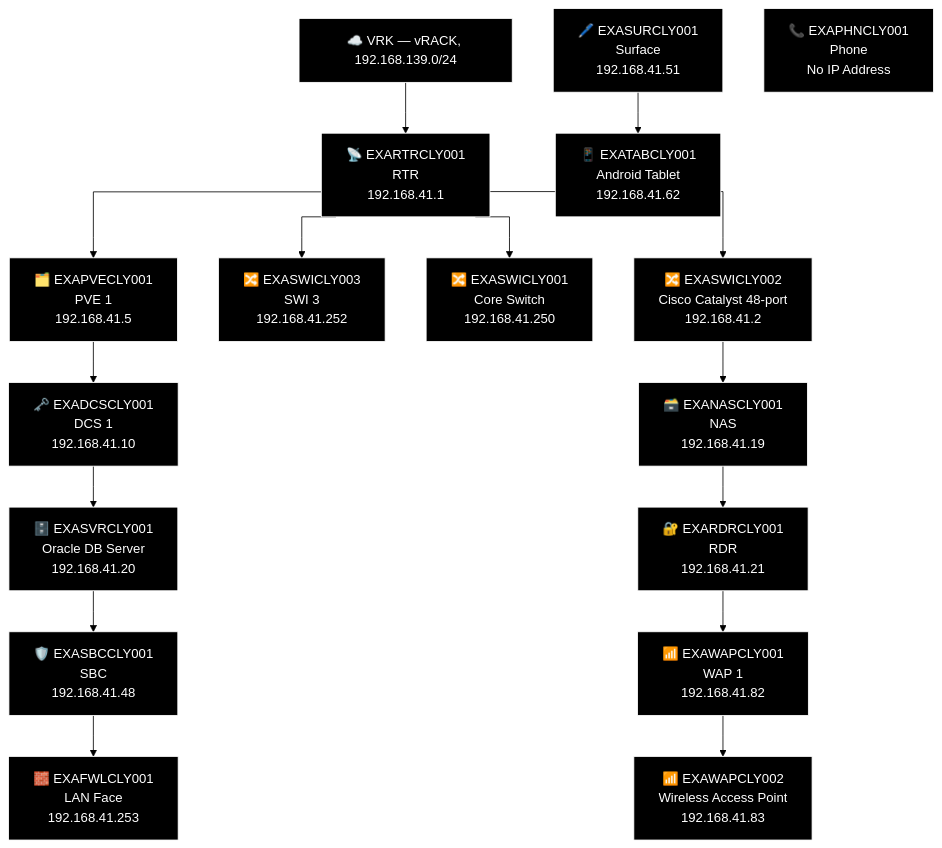
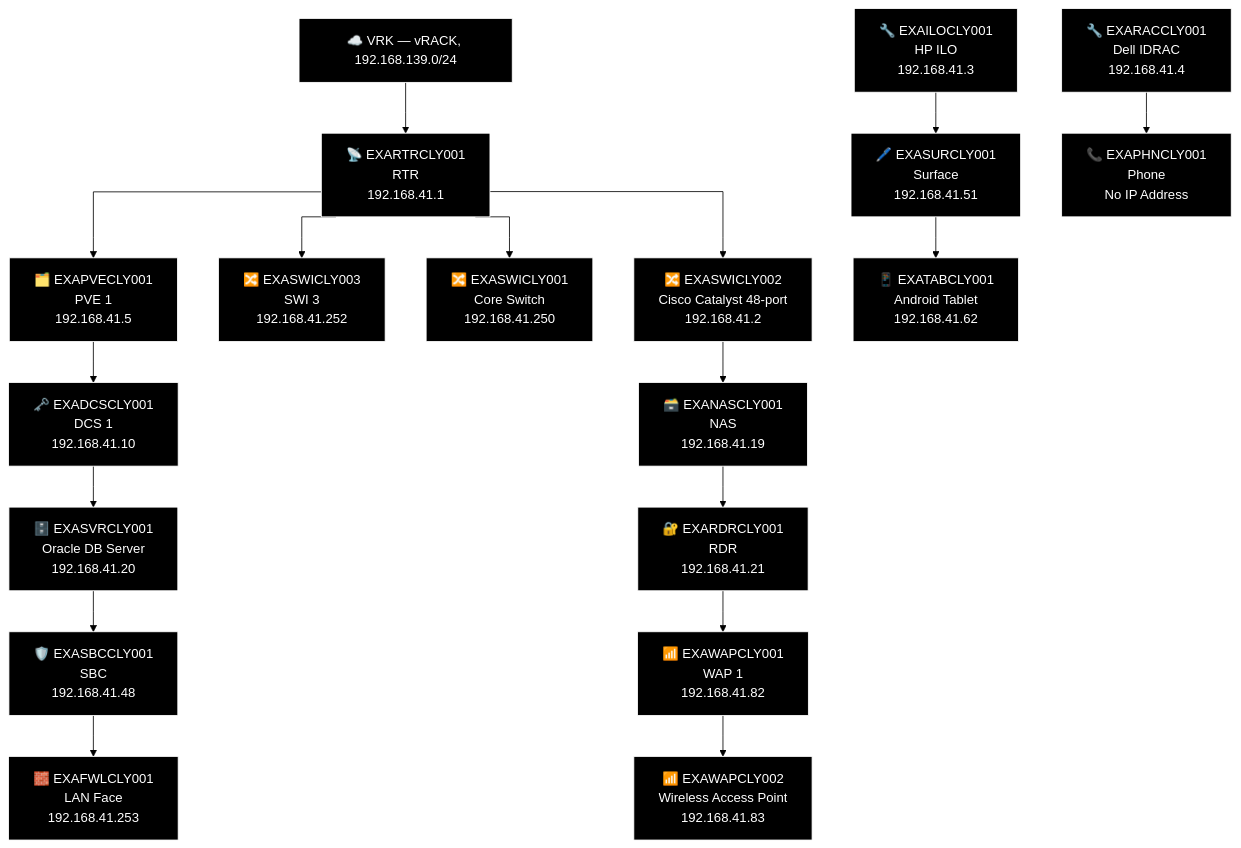
Diagram 12 of 21 in docs/network-diagram/scotland.md (knightmare2600/example_music_infra), drawn with Mermaid (forest theme) before and after one commit. The commit also changed other lines of this file and 12 other files, not shown here.

````diff
--- a/docs/network-diagram/scotland.md
+++ b/docs/network-diagram/scotland.md
@@ -726,48 +722,53 @@
 ```mermaid
 %% GENERATED:TOPOLOGY:CLY:START
 %%{init: {'flowchart': {'curve': 'stepAfter'}}}%%
 graph TD
     T_VRK["☁️ VRK — vRACK, 192.168.139.0/24"]
     T_RTR["📡 EXARTRCLY001<br/>RTR<br/>192.168.41.1"]
     T_VRK --> T_RTR
     T_PVE["🗂️ EXAPVECLY001<br/>PVE 1<br/>192.168.41.5"]
     T_RTR --> T_PVE
     T_SWI["🔀 EXASWICLY003<br/>SWI 3<br/>192.168.41.252"]
     T_RTR --> T_SWI
     T_SWI2["🔀 EXASWICLY001<br/>Core Switch<br/>192.168.41.250"]
     T_RTR --> T_SWI2
     T_SWI3["🔀 EXASWICLY002<br/>Cisco Catalyst 48-port<br/>192.168.41.2"]
     T_RTR --> T_SWI3
     T_NAS["🗃️ EXANASCLY001<br/>NAS<br/>192.168.41.19"]
     T_RDR["🔐 EXARDRCLY001<br/>RDR<br/>192.168.41.21"]
     T_WAP["📶 EXAWAPCLY001<br/>WAP 1<br/>192.168.41.82"]
     T_WAP2["📶 EXAWAPCLY002<br/>Wireless Access Point<br/>192.168.41.83"]
     T_SWI3 --> T_NAS --> T_RDR --> T_WAP --> T_WAP2
     T_DCS["🗝️ EXADCSCLY001<br/>DCS 1<br/>192.168.41.10"]
     T_SVR["🗄️ EXASVRCLY001<br/>Oracle DB Server<br/>192.168.41.20"]
     T_SBC["🛡️ EXASBCCLY001<br/>SBC<br/>192.168.41.48"]
     T_FWL["🧱 EXAFWLCLY001<br/>LAN Face<br/>192.168.41.253"]
     T_PVE --> T_DCS --> T_SVR --> T_SBC --> T_FWL
+    T_ILO["🔧 EXAILOCLY001<br/>HP ILO<br/>192.168.41.3"]
+    T_RAC["🔧 EXARACCLY001<br/>Dell IDRAC<br/>192.168.41.4"]
     T_SUR["🖊️ EXASURCLY001<br/>Surface<br/>192.168.41.51"]
     T_PHN["📞 EXAPHNCLY001<br/>Phone<br/>No IP Address"]
     T_TAB["📱 EXATABCLY001<br/>Android Tablet<br/>192.168.41.62"]
-    T_SUR --> T_TAB
+    T_ILO --> T_SUR --> T_TAB
+    T_RAC --> T_PHN
     style T_VRK fill:#000000,stroke:#FFFFFF,color:#FFFFFF
     style T_RTR fill:#000000,stroke:#FFFFFF,color:#FFFFFF
     style T_PVE fill:#000000,stroke:#FFFFFF,color:#FFFFFF
     style T_SWI fill:#000000,stroke:#FFFFFF,color:#FFFFFF
     style T_SWI2 fill:#000000,stroke:#FFFFFF,color:#FFFFFF
     style T_SWI3 fill:#000000,stroke:#FFFFFF,color:#FFFFFF
     style T_NAS fill:#000000,stroke:#FFFFFF,color:#FFFFFF
     style T_RDR fill:#000000,stroke:#FFFFFF,color:#FFFFFF
     style T_WAP fill:#000000,stroke:#FFFFFF,color:#FFFFFF
     style T_WAP2 fill:#000000,stroke:#FFFFFF,color:#FFFFFF
     style T_DCS fill:#000000,stroke:#FFFFFF,color:#FFFFFF
     style T_SVR fill:#000000,stroke:#FFFFFF,color:#FFFFFF
     style T_SBC fill:#000000,stroke:#FFFFFF,color:#FFFFFF
     style T_FWL fill:#000000,stroke:#FFFFFF,color:#FFFFFF
+    style T_ILO fill:#000000,stroke:#FFFFFF,color:#FFFFFF
+    style T_RAC fill:#000000,stroke:#FFFFFF,color:#FFFFFF
     style T_SUR fill:#000000,stroke:#FFFFFF,color:#FFFFFF
     style T_PHN fill:#000000,stroke:#FFFFFF,color:#FFFFFF
     style T_TAB fill:#000000,stroke:#FFFFFF,color:#FFFFFF
 %% GENERATED:TOPOLOGY:CLY:END
 ```
````
